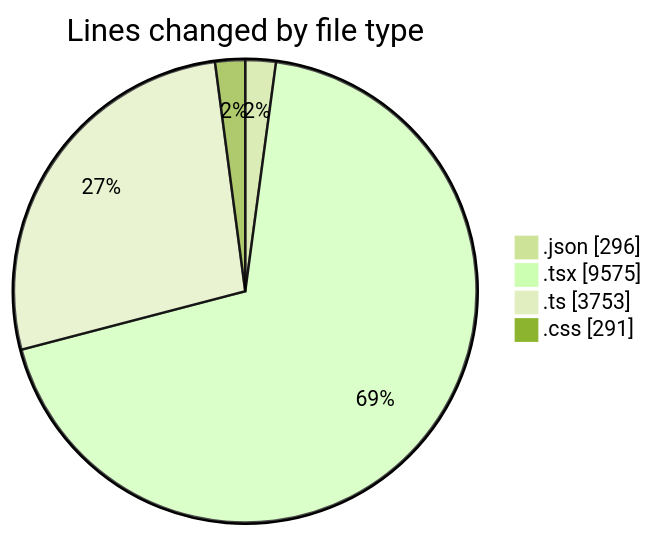
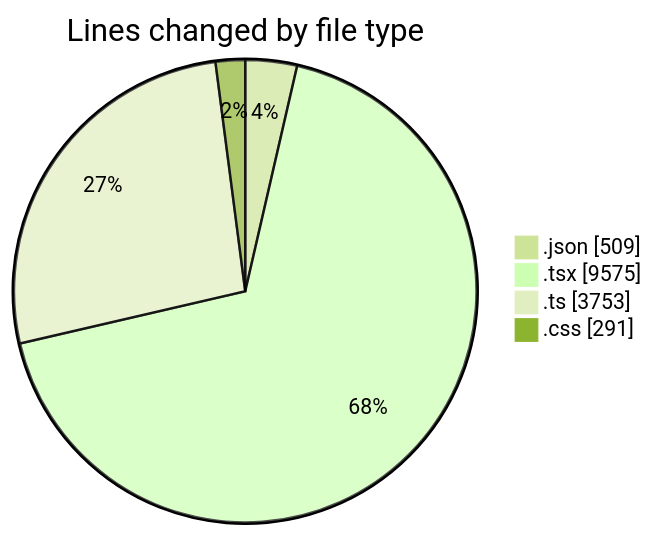
One commit to julien-gomy/code-tracking changed the first of 2 diagrams in 2025-10-07/eventscop-frontend-guide__workspace_/README.md. Above: the diagram before and after it, drawn with Mermaid (forest theme). The commit also changed other lines of this file and 1 other file, not shown here.

````diff
--- a/2025-10-07/eventscop-frontend-guide__workspace_/README.md
+++ b/2025-10-07/eventscop-frontend-guide__workspace_/README.md
@@ -87,8 +89,8 @@
 ```mermaid
 pie showData
 title Lines changed by file type
-".json" : 296
+".json" : 509
 ".tsx" : 9575
 ".ts" : 3753
 ".css" : 291
 ```
````
